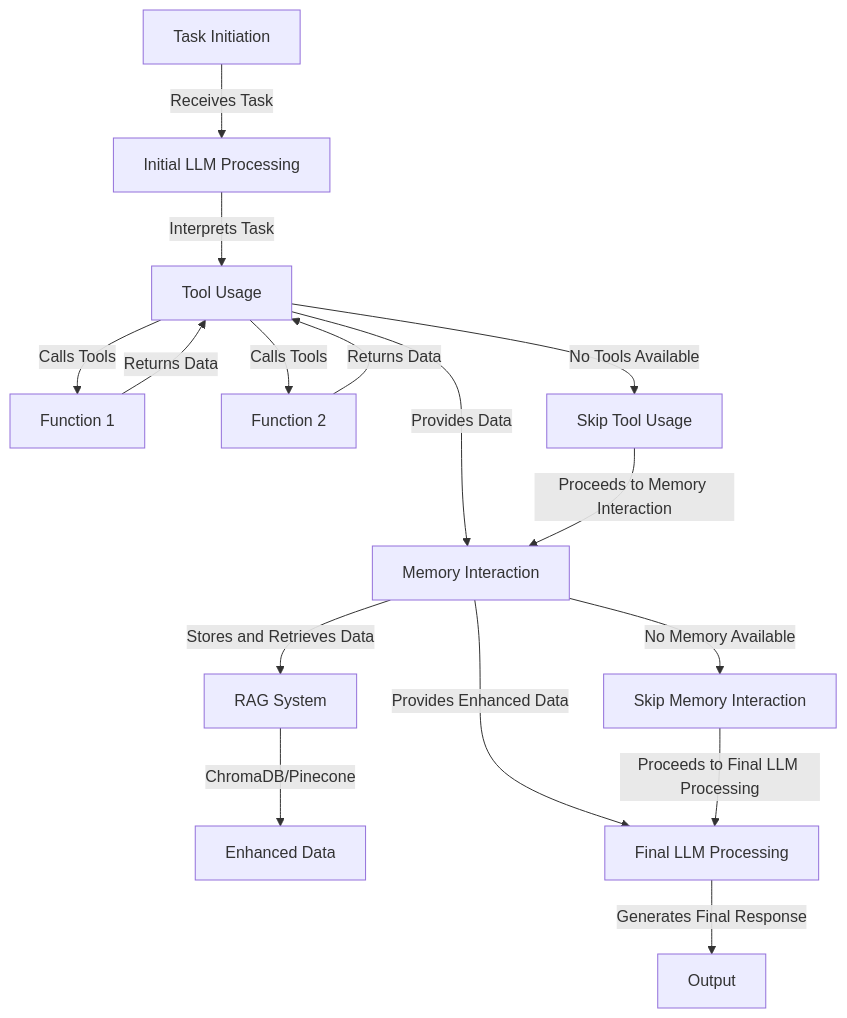
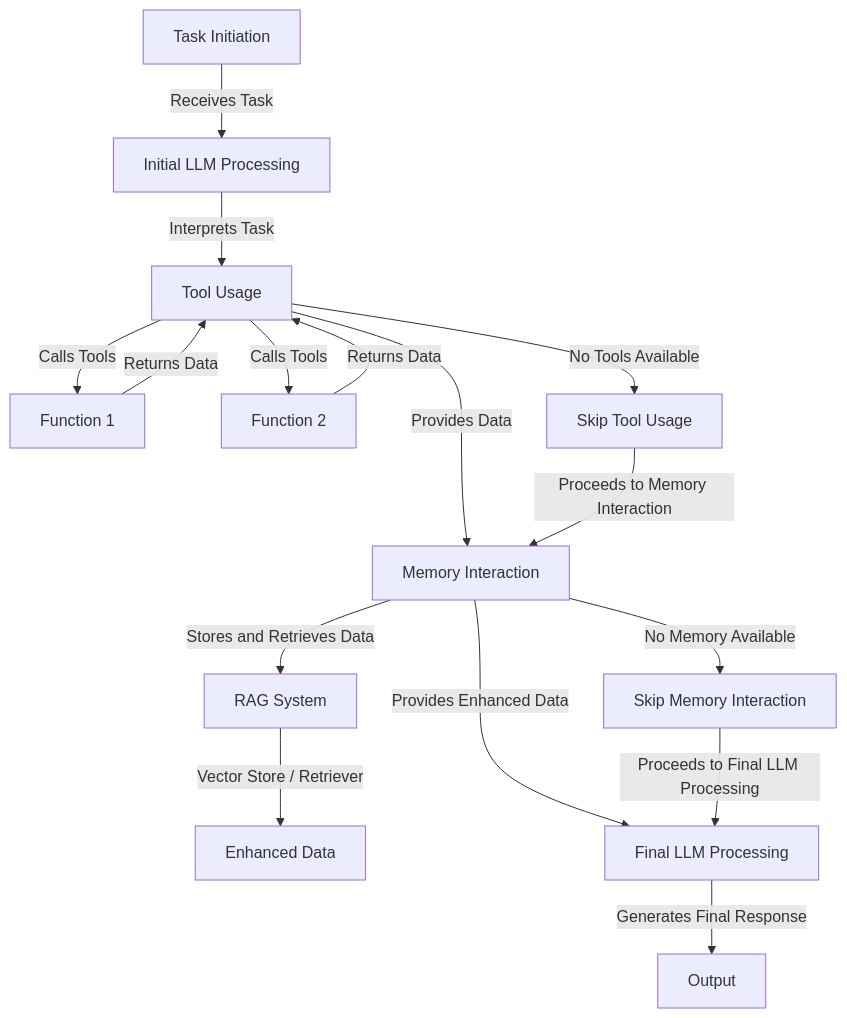
One commit to The-Swarm-Corporation/swarms-framework-docs changed the diagram in api/agent.mdx. Above: the diagram before and after it, drawn with Mermaid. The commit also changed other lines of this file and 84 other files, not shown here.

````diff
--- a/api/agent.mdx
+++ b/api/agent.mdx
@@ -11,18 +11,18 @@
 ```mermaid
 graph TD
     A[Task Initiation] -->|Receives Task| B[Initial LLM Processing]
     B -->|Interprets Task| C[Tool Usage]
     C -->|Calls Tools| D[Function 1]
     C -->|Calls Tools| E[Function 2]
     D -->|Returns Data| C
     E -->|Returns Data| C
     C -->|Provides Data| F[Memory Interaction]
     F -->|Stores and Retrieves Data| G[RAG System]
-    G -->|ChromaDB/Pinecone| H[Enhanced Data]
+    G -->|Vector Store / Retriever| H[Enhanced Data]
     F -->|Provides Enhanced Data| I[Final LLM Processing]
     I -->|Generates Final Response| J[Output]
     C -->|No Tools Available| K[Skip Tool Usage]
     K -->|Proceeds to Memory Interaction| F
     F -->|No Memory Available| L[Skip Memory Interaction]
     L -->|Proceeds to Final LLM Processing| I
 ```
````
